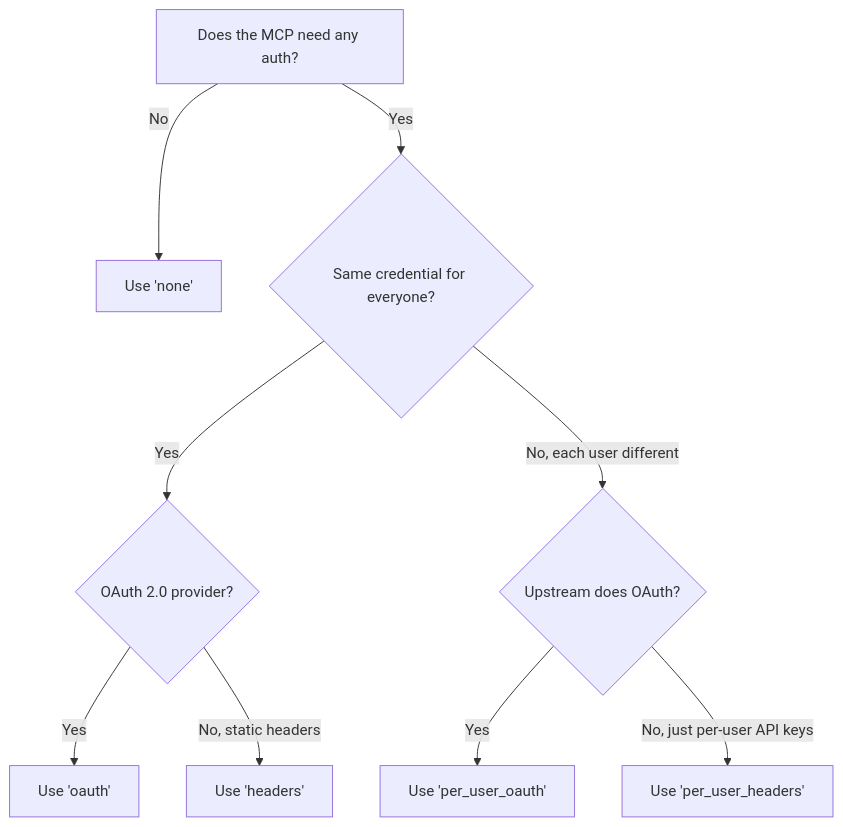
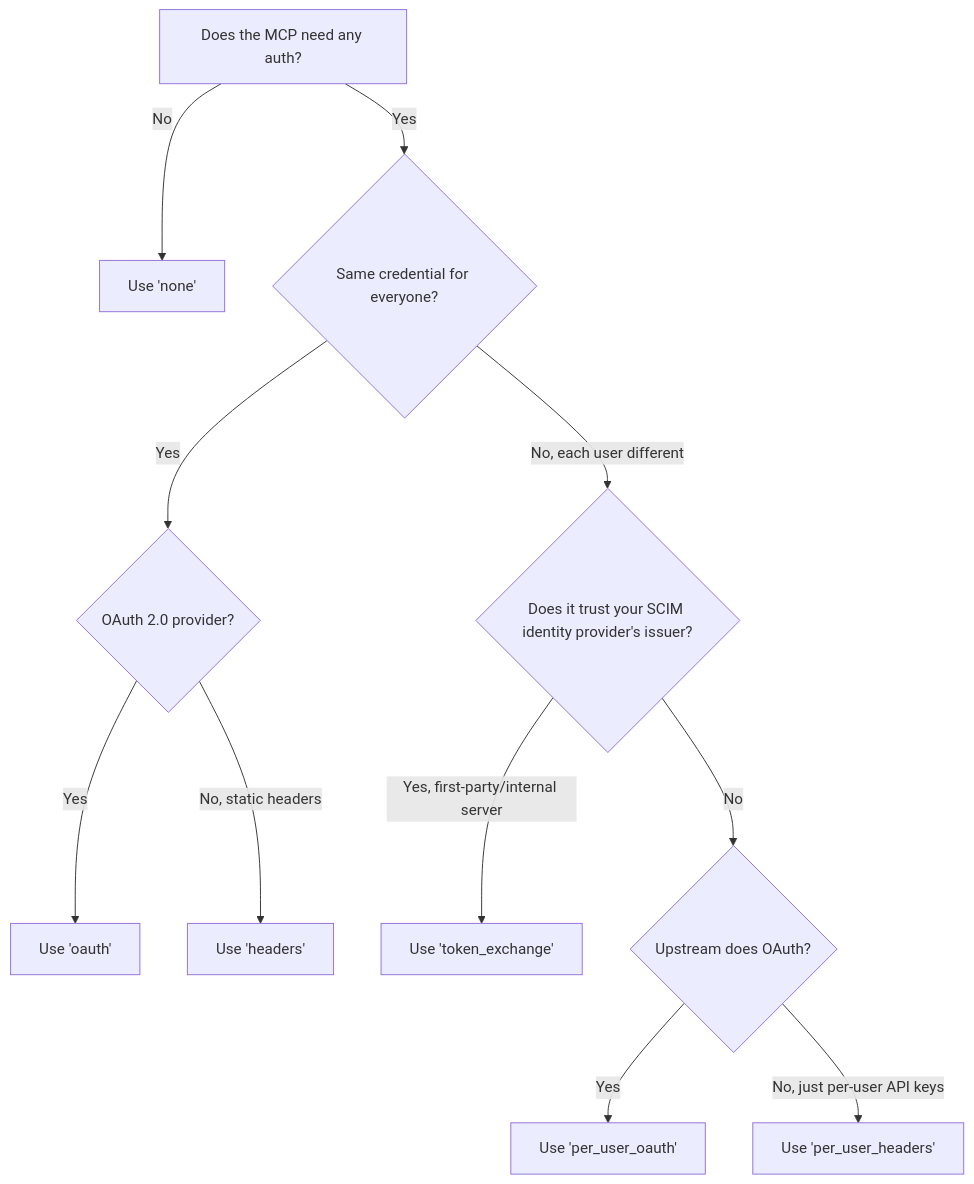
Before and after one commit to doramirdor/bifrost: the diagram in docs/mcp/auth/overview.mdx, drawn with Mermaid. The commit also changed other lines of this file and 7 other files, not shown here.

Commit message:
docs: add token exchange (on-behalf-of) MCP auth documentation

````diff
--- a/docs/mcp/auth/overview.mdx
+++ b/docs/mcp/auth/overview.mdx
@@ -64,11 +68,13 @@
 ```mermaid
 flowchart TD
     A[Does the MCP need any auth?] -->|No| N[Use 'none']
     A -->|Yes| B{Same credential for everyone?}
     B -->|Yes| C{OAuth 2.0 provider?}
-    B -->|No, each user different| D{Upstream does OAuth?}
+    B -->|No, each user different| D{Does it trust your SCIM identity provider's issuer?}
     C -->|Yes| O[Use 'oauth']
     C -->|No, static headers| H[Use 'headers']
-    D -->|Yes| PO[Use 'per_user_oauth']
-    D -->|No, just per-user API keys| PH[Use 'per_user_headers']
+    D -->|Yes, first-party/internal server| TE[Use 'token_exchange']
+    D -->|No| E{Upstream does OAuth?}
+    E -->|Yes| PO[Use 'per_user_oauth']
+    E -->|No, just per-user API keys| PH[Use 'per_user_headers']
 ```
````
